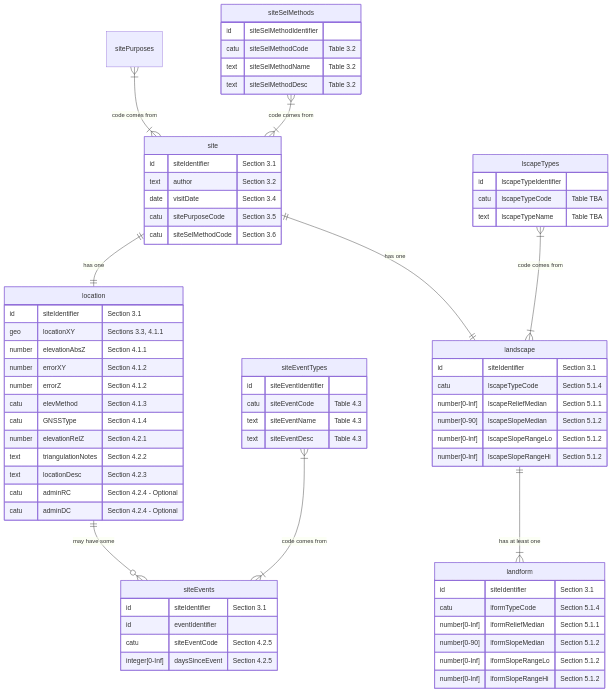
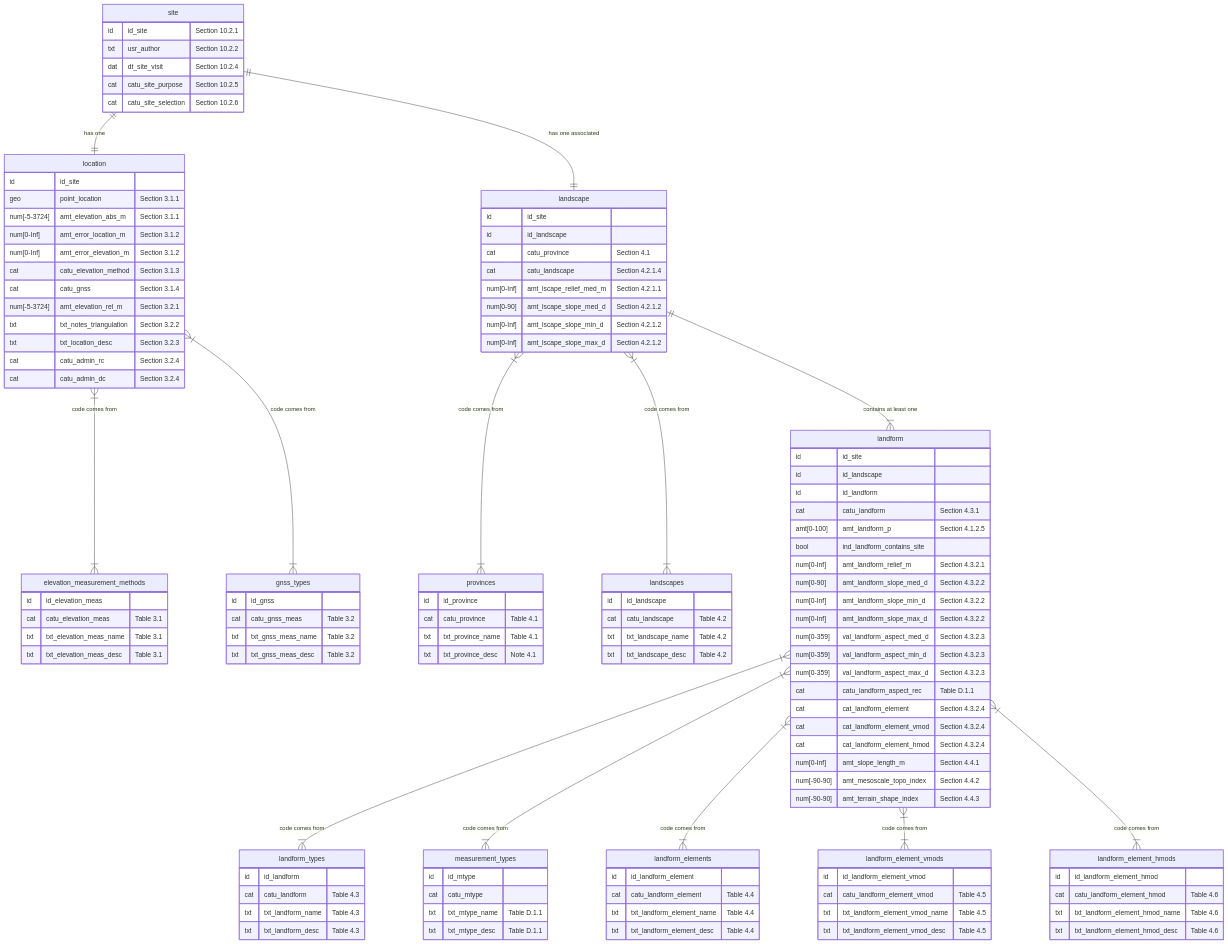
One commit to manaakiwhenua/NZ_soildesc_2024 changed the third of 18 diagrams in ap_03_database_design.qmd. Above: the diagram before and after it, drawn with Mermaid. The commit also changed other lines of this file, not shown here.

````diff
--- a/ap_03_database_design.qmd
+++ b/ap_03_database_design.qmd
@@ -75,86 +81,150 @@
 ```{mermaid}
 %%| fig-cap: "Details"
 
+%%{ init: { 'er': { 'layoutDirection': 'LR' } } }%%
 erDiagram
   site ||--|| location : "has one"
-  location ||--o{ siteEvents : "may have some"
-  sitePurposes }|--|{ site : "code comes from"
-  siteSelMethods }|--|{ site : "code comes from"
-  siteEventTypes  }|--|{ siteEvents : "code comes from"
-  site ||--|| landscape : "has one"
-  landscape ||--|{ landform : "has at least one"
-  lscapeTypes }|--|{ landscape : "code comes from"
+  location }|--|{ elevation_measurement_methods : "code comes from"
+  location }|--|{ gnss_types : "code comes from"
+  site ||--|| landscape : "has one associated"
+  landscape }|--|{ provinces : "code comes from"
+  landscape }|--|{ landscapes : "code comes from"
+  landscape ||--|{ landform : "contains at least one"
+  landform }|--|{ landform_types : "code comes from"
+  landform }|--|{ measurement_types : "code comes from"
+  landform }|--|{ landform_elements : "code comes from"
+  landform }|--|{ landform_element_vmods : "code comes from"
+  landform }|--|{ landform_element_hmods : "code comes from"
   
   site {
-  id siteIdentifier "Section 3.1"
-  text author "Section 3.2"
-  date visitDate "Section 3.4"
-  catu sitePurposeCode "Section 3.5"
-  catu siteSelMethodCode "Section 3.6"
-  }
-  
-  
-  
-  siteSelMethods {
-  id siteSelMethodIdentifier
-  catu siteSelMethodCode "Table 3.2"
-  text siteSelMethodName "Table 3.2"
-  text siteSelMethodDesc "Table 3.2" 
+    id           id_site                   "Section 10.2.1"
+    txt          usr_author                "Section 10.2.2"
+    dat          dt_site_visit             "Section 10.2.4"
+    cat          catu_site_purpose         "Section 10.2.5"
+    cat          catu_site_selection       "Section 10.2.6"
   }
   
   location {
-  id siteIdentifier "Section 3.1"
-  geo locationXY "Sections 3.3, 4.1.1"
-  number elevationAbsZ "Section 4.1.1"
-  number errorXY "Section 4.1.2"
-  number errorZ "Section 4.1.2"
-  catu elevMethod "Section 4.1.3"
-  catu GNSSType "Section 4.1.4"
-  number elevationRelZ "Section 4.2.1"
-  text triangulationNotes "Section 4.2.2"
-  text locationDesc "Section 4.2.3"
-  catu adminRC "Section 4.2.4 - Optional"
-  catu adminDC "Section 4.2.4 - Optional"
+    id           id_site                   
+    geo          point_location            "Section 3.1.1"
+    num[-5-3724] amt_elevation_abs_m       "Section 3.1.1"
+    num[0-Inf]   amt_error_location_m      "Section 3.1.2"
+    num[0-Inf]   amt_error_elevation_m     "Section 3.1.2"
+    cat          catu_elevation_method     "Section 3.1.3"
+    cat          catu_gnss                 "Section 3.1.4"
+    num[-5-3724] amt_elevation_rel_m       "Section 3.2.1"
+    txt          txt_notes_triangulation   "Section 3.2.2"
+    txt          txt_location_desc         "Section 3.2.3"
+    %% not defining code tables for these just now %%
+    cat          catu_admin_rc             "Section 3.2.4"
+    cat          catu_admin_dc             "Section 3.2.4"
   }
   
-  siteEvents {
-  id siteIdentifier "Section 3.1"
-  id eventIdentifier 
-  catu siteEventCode "Section 4.2.5"
-  integer[0-Inf] daysSinceEvent "Section 4.2.5"
-}
+  elevation_measurement_methods {
+    id           id_elevation_meas
+    cat          catu_elevation_meas       "Table 3.1"
+    txt          txt_elevation_meas_name   "Table 3.1"
+    txt          txt_elevation_meas_desc   "Table 3.1"
+  }
 
- siteEventTypes {
-  id siteEventIdentifier
-  catu siteEventCode "Table 4.3"
-  text siteEventName "Table 4.3"
-  text siteEventDesc "Table 4.3"
+  gnss_types {
+    id           id_gnss
+    cat          catu_gnss_meas            "Table 3.2"
+    txt          txt_gnss_meas_name        "Table 3.2"
+    txt          txt_gnss_meas_desc        "Table 3.2"
+  }  
+  
+  landscape {
+    id id_site
+    id id_landscape
+    cat          catu_province             "Section 4.1"
+    cat          catu_landscape            "Section 4.2.1.4"
+    %% landscape relief %%
+    num[0-Inf]   amt_lscape_relief_med_m   "Section 4.2.1.1"
+    %% landscape slope %%
+    num[0-90]    amt_lscape_slope_med_d    "Section 4.2.1.2"
+    num[0-Inf]   amt_lscape_slope_min_d    "Section 4.2.1.2"
+    num[0-Inf]   amt_lscape_slope_max_d    "Section 4.2.1.2"
+    %% not implementing stream channel stuff here %%
+  }
+
+  provinces {
+    id           id_province
+    cat          catu_province             "Table 4.1"
+    txt          txt_province_name         "Table 4.1"
+    txt          txt_province_desc         "Note 4.1"
   }
   
-  landscape {
-  id siteIdentifier "Section 3.1"
-  catu lscapeTypeCode "Section 5.1.4"
-  number[0-Inf] lscapeReliefMedian "Section 5.1.1"
-  number[0-90]  lscapeSlopeMedian "Section 5.1.2"
-  number[0-Inf] lscapeSlopeRangeLo "Section 5.1.2"
-  number[0-Inf] lscapeSlopeRangeHi "Section 5.1.2"
+  landscapes {
+    id           id_landscape
+    cat          catu_landscape            "Table 4.2"
+    txt          txt_landscape_name        "Table 4.2"
+    txt          txt_landscape_desc        "Table 4.2"
   }
 
-  lscapeTypes {
-  id lscapeTypeIdentifier
-  catu lscapeTypeCode "Table TBA"
-  text lscapeTypeName "Table TBA"
+  landform {
+    id           id_site
+    id           id_landscape
+    id           id_landform
+    cat          catu_landform              "Section 4.3.1"
+    amt[0-100]   amt_landform_p             "Section 4.1.2.5"
+    %% can only be true for one landform per site/landscape: %%
+    bool         ind_landform_contains_site  
+    %% (other way is separate tables for site-landform and    %%
+    %% landscape-landforms)                                   %%
+    
+    %% detailed optional stuff: %%
+    num[0-Inf]   amt_landform_relief_m      "Section 4.3.2.1"
+    num[0-90]    amt_landform_slope_med_d   "Section 4.3.2.2"
+    num[0-Inf]   amt_landform_slope_min_d   "Section 4.3.2.2"
+    num[0-Inf]   amt_landform_slope_max_d   "Section 4.3.2.2"
+    num[0-359]   val_landform_aspect_med_d  "Section 4.3.2.3"
+    num[0-359]   val_landform_aspect_min_d  "Section 4.3.2.3"
+    num[0-359]   val_landform_aspect_max_d  "Section 4.3.2.3"
+    cat          catu_landform_aspect_rec   "Table D.1.1"
+    cat          cat_landform_element       "Section 4.3.2.4"
+    cat          cat_landform_element_vmod  "Section 4.3.2.4"
+    cat          cat_landform_element_hmod  "Section 4.3.2.4"
+    %% extremely optional %%
+    num[0-Inf]   amt_slope_length_m         "Section 4.4.1"
+    num[-90-90]  amt_mesoscale_topo_index   "Section 4.4.2"
+    num[-90-90]  amt_terrain_shape_index    "Section 4.4.3"
+    
   }
   
-  landform {
-  id siteIdentifier "Section 3.1"
-  catu lformTypeCode "Section 5.1.4"
-  number[0-Inf] lformReliefMedian "Section 5.1.1"
-  number[0-90]  lformSlopeMedian "Section 5.1.2"
-  number[0-Inf] lformSlopeRangeLo "Section 5.1.2"
-  number[0-Inf] lformSlopeRangeHi "Section 5.1.2"
+  landform_types {
+    id           id_landform
+    cat          catu_landform              "Table 4.3"
+    txt          txt_landform_name          "Table 4.3"
+    txt          txt_landform_desc          "Table 4.3"
   }
 
+  measurement_types {
+    id          id_mtype
+    cat         catu_mtype
+    txt         txt_mtype_name              "Table D.1.1"
+    txt         txt_mtype_desc              "Table D.1.1"
+  }
+  
+  landform_elements {
+    id          id_landform_element
+    cat         catu_landform_element       "Table 4.4"
+    txt         txt_landform_element_name   "Table 4.4"
+    txt         txt_landform_element_desc   "Table 4.4"
+  }
+  
+  landform_element_vmods {
+    id          id_landform_element_vmod
+    cat         catu_landform_element_vmod       "Table 4.5"
+    txt         txt_landform_element_vmod_name   "Table 4.5"
+    txt         txt_landform_element_vmod_desc   "Table 4.5"
+  } 
 
+  landform_element_hmods {
+    id          id_landform_element_hmod
+    cat         catu_landform_element_hmod       "Table 4.6"
+    txt         txt_landform_element_hmod_name   "Table 4.6"
+    txt         txt_landform_element_hmod_desc   "Table 4.6"
+  } 
 
 ```
````
